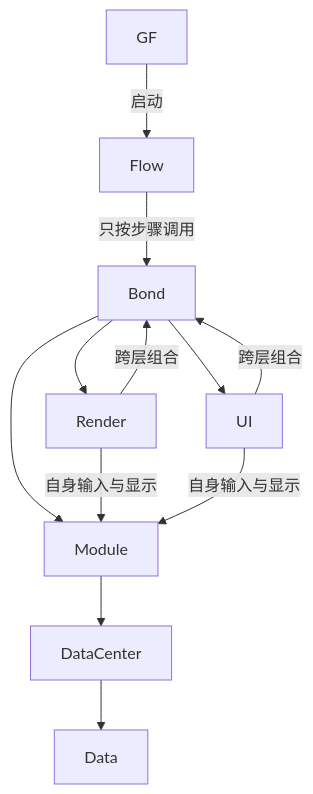
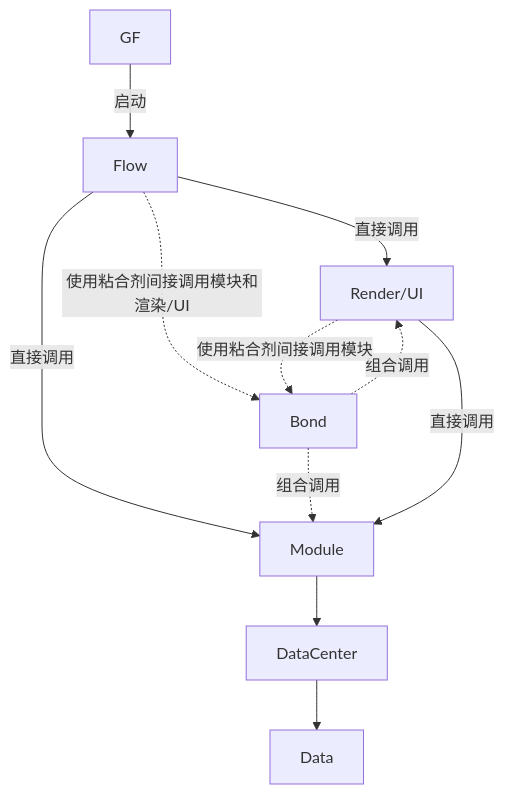
Before and after one commit to Qyingii/Fmoda: the diagram in Assets/FModa/README/README.md, drawn with Mermaid. The commit also changed other lines of this file and 19 other files, not shown here.

````diff
--- a/Assets/FModa/README/README.md
+++ b/Assets/FModa/README/README.md
@@ -12,14 +14,13 @@
 ```mermaid
 flowchart TD
     G[GF] -->|启动| F[Flow]
-    F -->|只按步骤调用| X[Bond]
-    X --> M[Module]
-    X --> R[Render]
-    X --> U[UI]
-    R -->|自身输入与显示| M
-    U -->|自身输入与显示| M
-    R -->|跨层组合| X
-    U -->|跨层组合| X
+    F -->|直接调用| M[Module]
+    F -->|直接调用| R
+    F -.->|使用粘合剂间接调用模块和渲染/UI| X[Bond]
+    X -.->|组合调用| M
+    X -.->|组合调用| R[Render/UI]
+    R -->|直接调用| M
+    R -.->|使用粘合剂间接调用模块| X
     M --> D[DataCenter]
     D --> A[Data]
 ```
````
